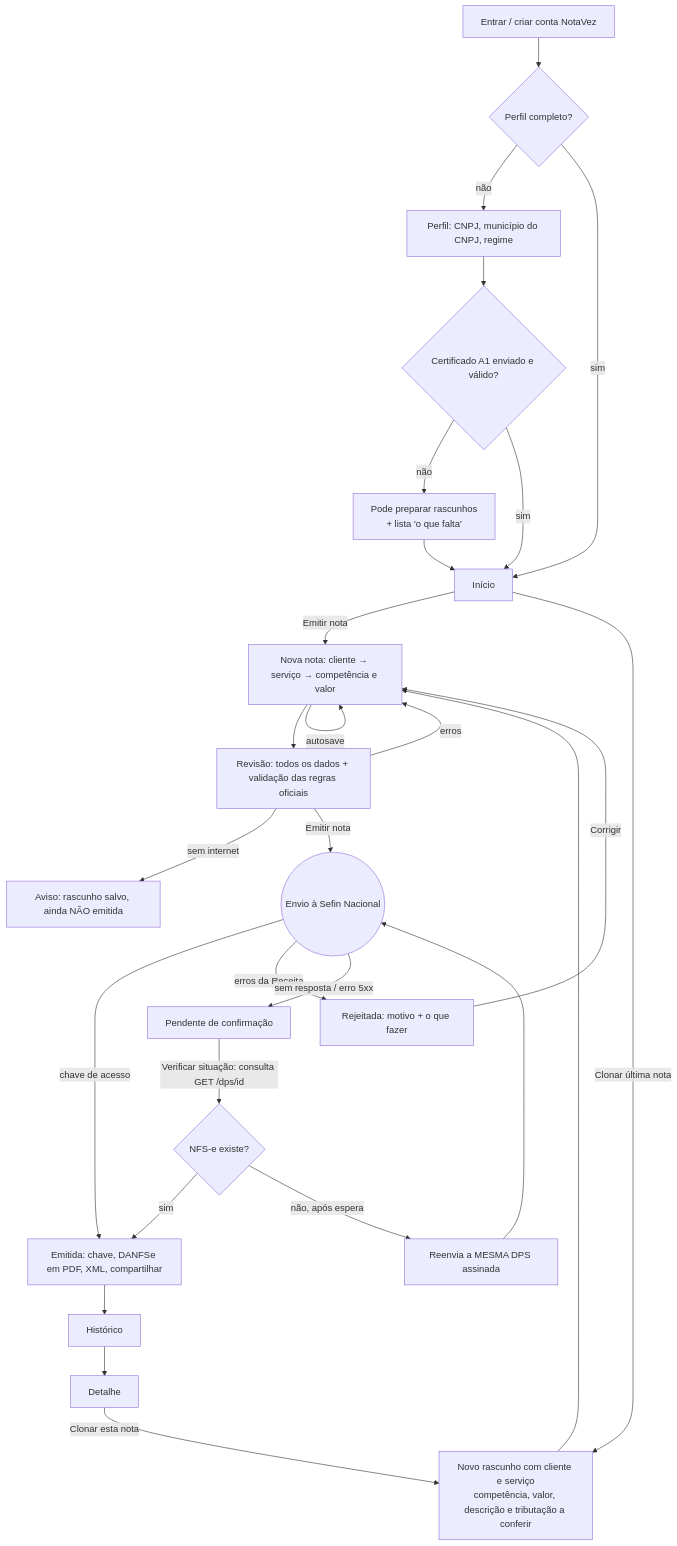
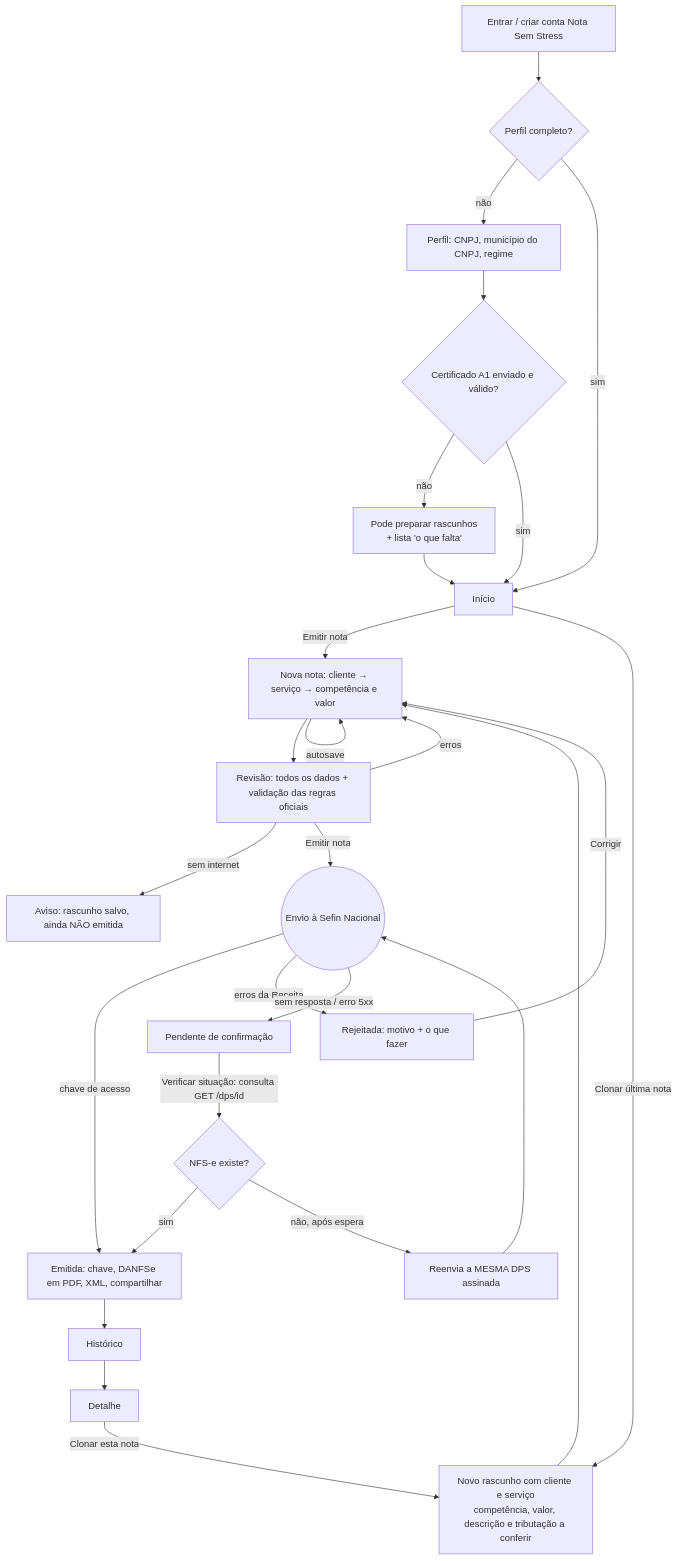
The diagram in docs/02-fluxo-e-prototipo.md (fredabsd-svg/NotaVez), drawn with Mermaid before and after one commit. The commit also changed other lines of this file and 57 other files, not shown here.

First line of the commit message:
Renomeia o app de NotaVez para Nota Sem Stress

````diff
--- a/docs/02-fluxo-e-prototipo.md
+++ b/docs/02-fluxo-e-prototipo.md
@@ -16,26 +16,26 @@
 ```mermaid
 flowchart TD
-  A[Entrar / criar conta NotaVez] --> B{Perfil completo?}
+  A[Entrar / criar conta Nota Sem Stress] --> B{Perfil completo?}
   B -- não --> P[Perfil: CNPJ, município do CNPJ, regime]
   P --> C{Certificado A1 enviado e válido?}
   C -- não --> R0[Pode preparar rascunhos<br/>+ lista 'o que falta']
   C -- sim --> I[Início]
   B -- sim --> I
   R0 --> I
   I -->|Emitir nota| N[Nova nota: cliente → serviço → competência e valor]
   I -->|Clonar última nota| K[Novo rascunho com cliente e serviço<br/>competência, valor, descrição e tributação a conferir]
   K --> N
   N -->|autosave| N
   N --> V[Revisão: todos os dados + validação das regras oficiais]
   V -->|erros| N
   V -->|sem internet| OFF[Aviso: rascunho salvo, ainda NÃO emitida]
   V -->|Emitir nota| E((Envio à Sefin Nacional))
   E -->|chave de acesso| OK[Emitida: chave, DANFSe em PDF, XML, compartilhar]
   E -->|erros da Receita| REJ[Rejeitada: motivo + o que fazer]
   REJ -->|Corrigir| N
   E -->|sem resposta / erro 5xx| PEN[Pendente de confirmação]
   PEN -->|Verificar situação: consulta GET /dps/id| E2{NFS-e existe?}
   E2 -- sim --> OK
   E2 -- não, após espera --> RE[Reenvia a MESMA DPS assinada] --> E
   OK --> H[Histórico] --> D[Detalhe] -->|Clonar esta nota| K
 ```
````
